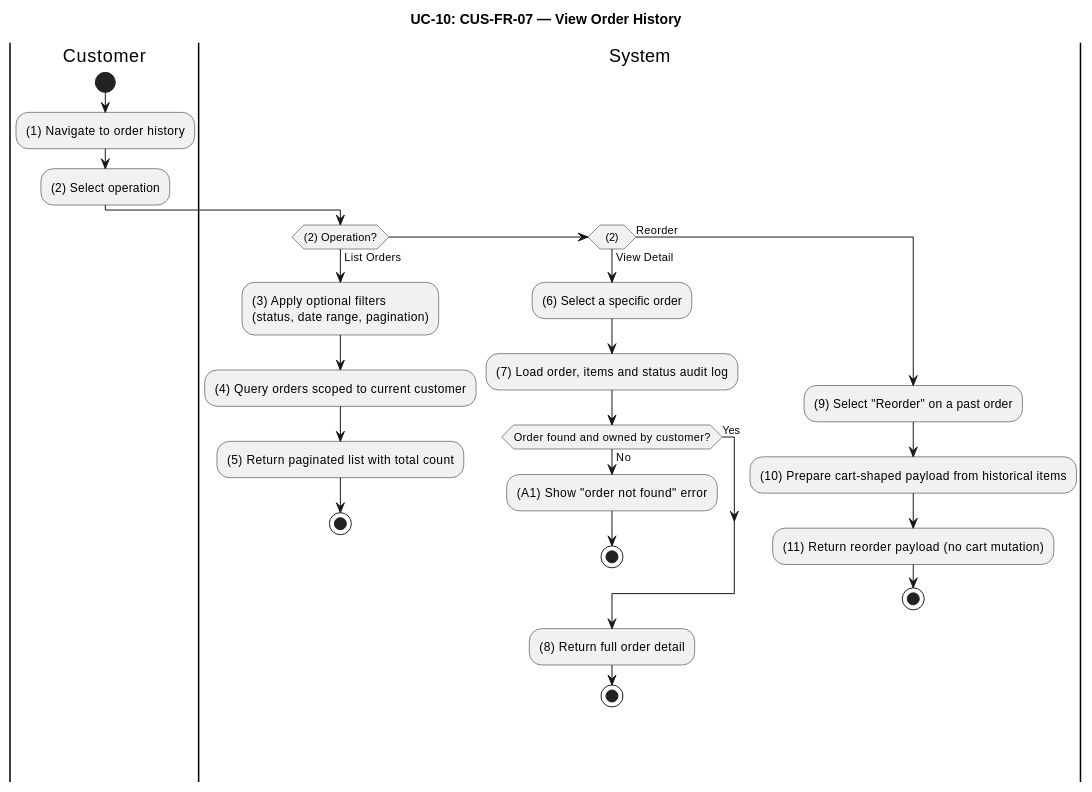
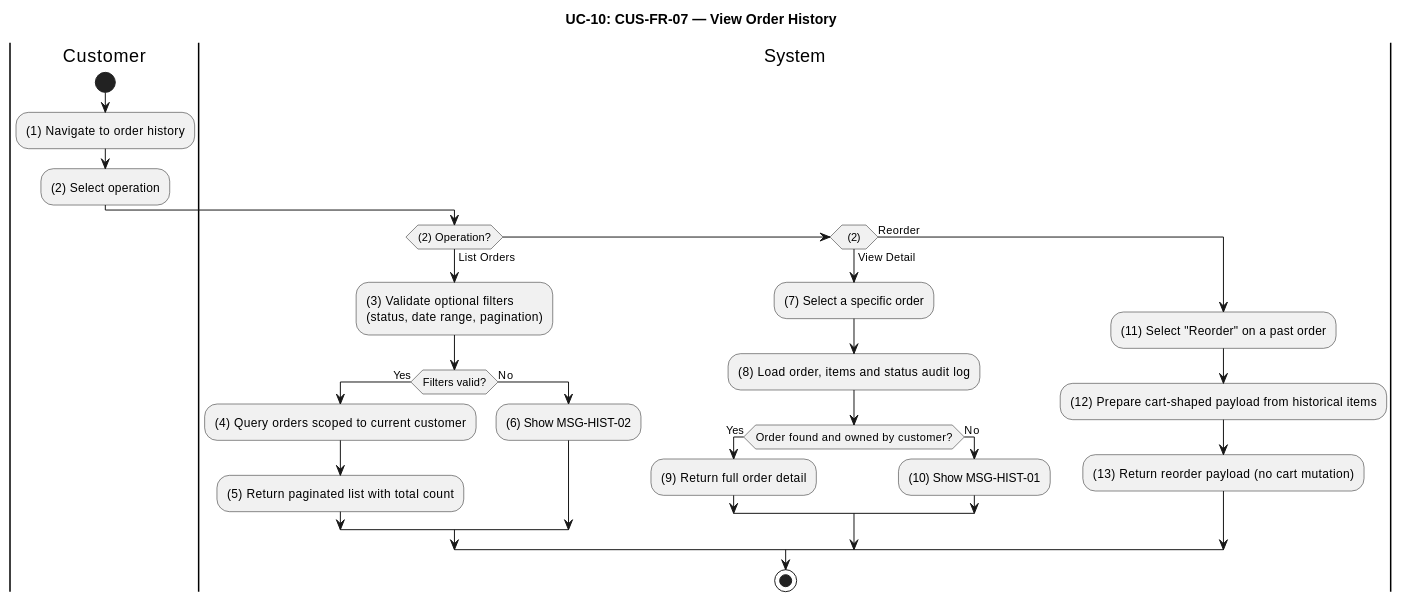
One commit to luubinhdeptrai/Food_Delivery changed the tenth of 10 diagrams in apps/api/docs/Final_Documents/SRS_FoodDelivery.md. Above: the diagram before and after it, drawn with PlantUML. The commit also changed other lines of this file and 1 other file, not shown here.

````diff
--- a/apps/api/docs/Final_Documents/SRS_FoodDelivery.md
+++ b/apps/api/docs/Final_Documents/SRS_FoodDelivery.md
@@ -758,34 +797,35 @@
 ```plantuml
 @startuml UC10-Order-History
 title UC-10: CUS-FR-07 — View Order History
 skinparam ConditionEndStyle hline
 
 |Customer|
 start
 :(1) Navigate to order history;
 :(2) Select operation;
 
 |System|
 if ((2) Operation?) then (List Orders)
-  :(3) Apply optional filters\n(status, date range, pagination);
-  :(4) Query orders scoped to current customer;
-  :(5) Return paginated list with total count;
-  stop
+  :(3) Validate optional filters\n(status, date range, pagination);
+  if (Filters valid?) then (Yes)
+    :(4) Query orders scoped to current customer;
+    :(5) Return paginated list with total count;
+  else (No)
+    :(6) Show MSG-HIST-02;
+  endif
 elseif ((2)) then (View Detail)
-  :(6) Select a specific order;
-  :(7) Load order, items and status audit log;
-  if (Order found and owned by customer?) then (No)
-    :(A1) Show "order not found" error;
-    stop
-  else (Yes)
+  :(7) Select a specific order;
+  :(8) Load order, items and status audit log;
+  if (Order found and owned by customer?) then (Yes)
+    :(9) Return full order detail;
+  else (No)
+    :(10) Show MSG-HIST-01;
   endif
-  :(8) Return full order detail;
-  stop
 else (Reorder)
-  :(9) Select "Reorder" on a past order;
-  :(10) Prepare cart-shaped payload from historical items;
-  :(11) Return reorder payload (no cart mutation);
-  stop
+  :(11) Select "Reorder" on a past order;
+  :(12) Prepare cart-shaped payload from historical items;
+  :(13) Return reorder payload (no cart mutation);
 endif
+stop
 @enduml
 ```
````
